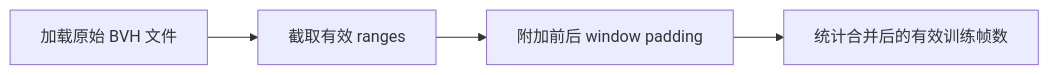
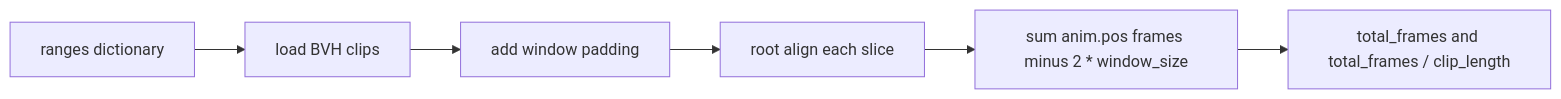
One commit to EvihGraphics/AnimationTech-HTC changed the third of 8 diagrams in docs/blog/AnimationPapers/knowing_when_to_put_your_foot_down/README.md. Above: the diagram before and after it, drawn with Mermaid. The commit also changed other lines of this file and 6 other files, not shown here.

````diff
--- a/docs/blog/AnimationPapers/knowing_when_to_put_your_foot_down/README.md
+++ b/docs/blog/AnimationPapers/knowing_when_to_put_your_foot_down/README.md
@@ -92,6 +104,8 @@
 ```mermaid
 flowchart LR
-    A[加载原始 BVH 文件] --> B[截取有效 ranges]
-    B --> C[附加前后 window padding]
-    C --> D[统计合并后的有效训练帧数]
+    A[ranges dictionary] --> B[load BVH clips]
+    B --> C[add window padding]
+    C --> D[root align each slice]
+    D --> E[sum anim.pos frames minus 2 * window_size]
+    E --> F[total_frames and total_frames / clip_length]
 ```
````
